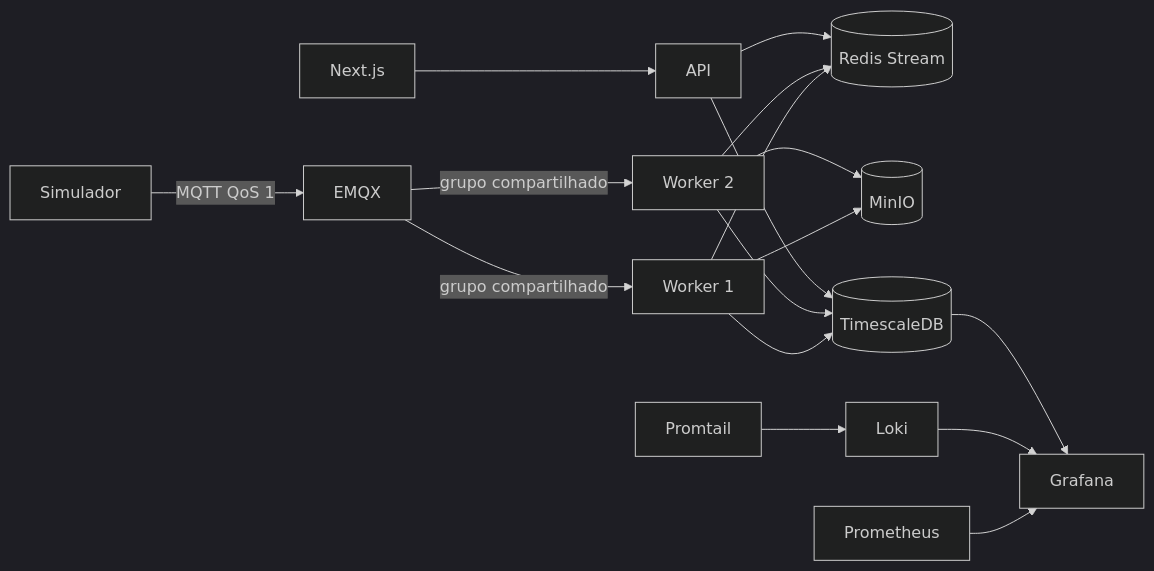
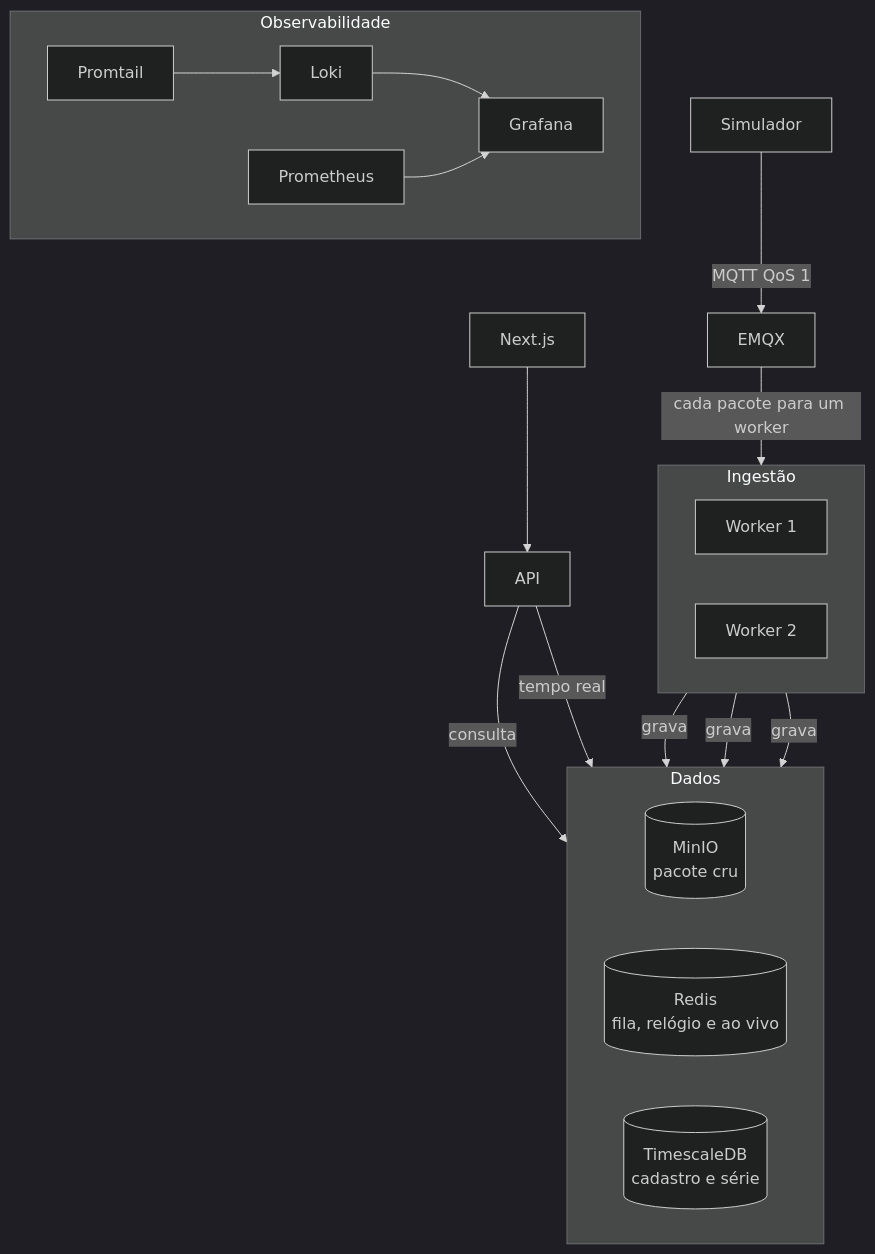
Before and after one commit to fersasil/diel-teste: the diagram in README.md, drawn with Mermaid (dark theme).

Commit message:
Reorganiza o diagrama da arquitetura em blocos.

````diff
--- a/README.md
+++ b/README.md
@@ -48,19 +48,31 @@
 ```mermaid
-flowchart LR
+flowchart TB
   sim[Simulador] -->|MQTT QoS 1| emqx[EMQX]
-  emqx -->|grupo compartilhado| w1[Worker 1]
-  emqx -->|grupo compartilhado| w2[Worker 2]
-  w1 --> redis[(Redis Stream)]
-  w2 --> redis
-  w1 --> minio[(MinIO)]
-  w2 --> minio
-  w1 --> db[(TimescaleDB)]
-  w2 --> db
+
+  subgraph ingest [Ingestão]
+    direction LR
+    w1[Worker 1]
+    w2[Worker 2]
+  end
+  emqx -->|cada pacote para um worker| ingest
+
+  subgraph dados [Dados]
+    direction LR
+    minio[("MinIO<br/>pacote cru")]
+    redis[("Redis<br/>fila, relógio e ao vivo")]
+    db[("TimescaleDB<br/>cadastro e série")]
+  end
+  ingest -->|grava| minio
+  ingest -->|grava| redis
+  ingest -->|grava| db
+
   web[Next.js] --> api[API]
-  api --> db
-  api --> redis
-  promtail[Promtail] --> loki[Loki]
-  prom[Prometheus] --> graf[Grafana]
-  loki --> graf
-  db --> graf
+  api -->|consulta| db
+  api -->|tempo real| redis
+
+  subgraph obs [Observabilidade]
+    direction LR
+    promtail[Promtail] --> loki[Loki] --> graf[Grafana]
+    prom[Prometheus] --> graf
+  end
 ```
````
